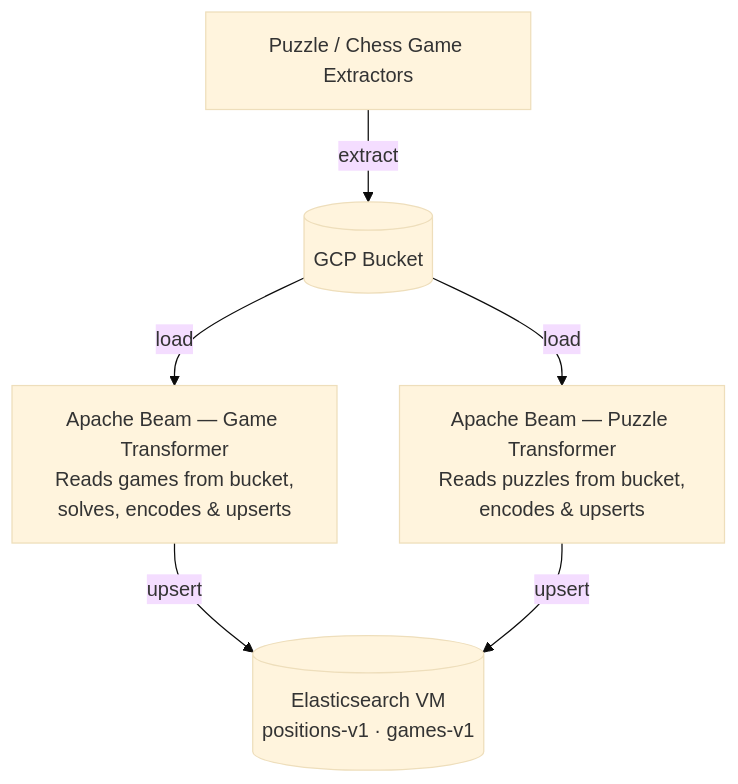
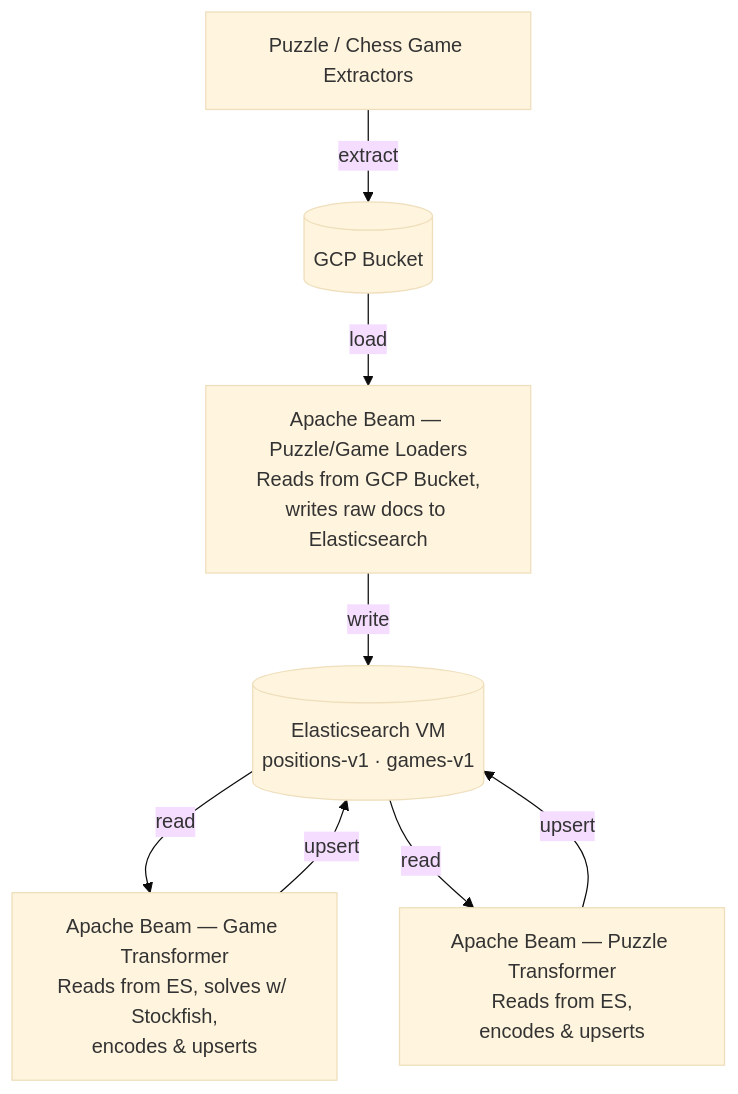
One commit to trentkg/chess-gcp-infrastructure changed the first of 2 diagrams in README.md. Above: the diagram before and after it, drawn with Mermaid (base theme).

````diff
--- a/README.md
+++ b/README.md
@@ -14,14 +14,17 @@
 ```mermaid
 flowchart TD
     EX["Puzzle / Chess Game Extractors"]
     BK[("GCP Bucket")]
-    GT["Apache Beam — Game Transformer\nReads games from bucket,\nsolves, encodes & upserts"]
-    PT["Apache Beam — Puzzle Transformer\nReads puzzles from bucket,\nencodes & upserts"]
+    GL["Apache Beam — Puzzle/Game Loaders\nReads from GCP Bucket,\nwrites raw docs to Elasticsearch"]
     ES[("Elasticsearch VM\npositions-v1 · games-v1")]
+    GT["Apache Beam — Game Transformer\nReads from ES, solves w/ Stockfish,\nencodes & upserts"]
+    PT["Apache Beam — Puzzle Transformer\nReads from ES,\nencodes & upserts"]
 
     EX -->|extract| BK
-    BK -->|load| GT
-    BK -->|load| PT
+    BK -->|load| GL
+    GL -->|write| ES
+    ES -->|read| GT
+    ES -->|read| PT
     GT -->|upsert| ES
     PT -->|upsert| ES
 ```
````
